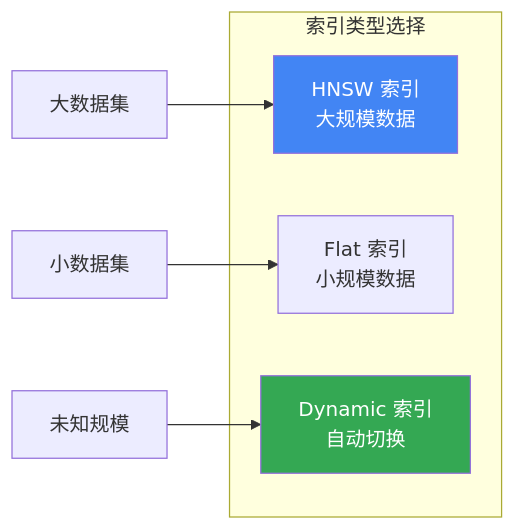
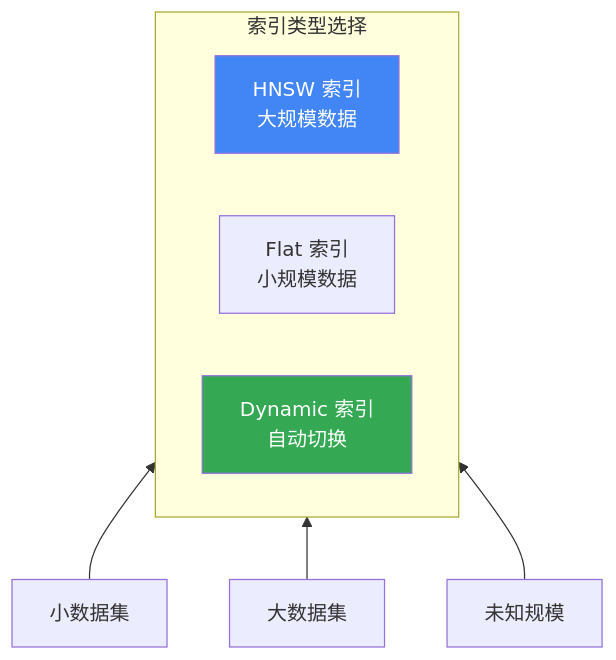
One commit to ThreeFish-AI/agentic-ai-cognizes changed the seventh of 14 diagrams in docs/research/005-vector-databases.md. Above: the diagram before and after it, drawn with Mermaid. The commit also changed other lines of this file, not shown here.

````diff
--- a/docs/research/005-vector-databases.md
+++ b/docs/research/005-vector-databases.md
@@ -619,15 +619,16 @@
 ```mermaid
-graph LR
+graph BT
     subgraph "索引类型选择"
+        direction LR
         HNSW[HNSW 索引<br/>大规模数据]
         Flat[Flat 索引<br/>小规模数据]
         Dynamic[Dynamic 索引<br/>自动切换]
     end
 
     Small[小数据集] --> Flat
     Large[大数据集] --> HNSW
     Unknown[未知规模] --> Dynamic
 
     style HNSW fill:#4285f4,color:#fff
     style Dynamic fill:#34a853,color:#fff
 ```
````
